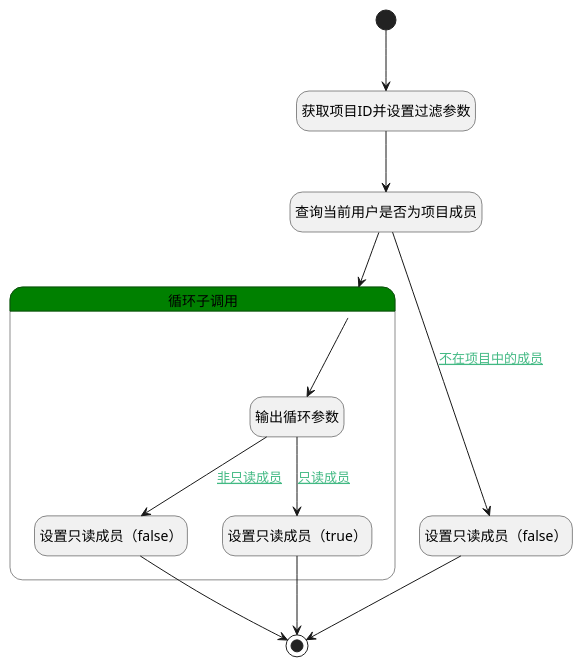
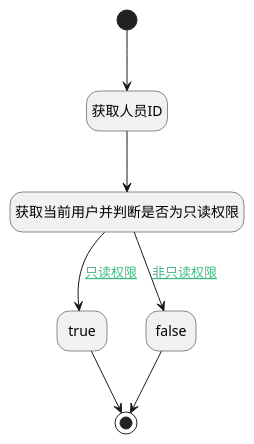
The diagram in doc/docsify/module/ProjMgmt/work_item/logic/get_project_member.md (iBizLab/plm), drawn with PlantUML before and after one commit. The commit also changed other lines of this file and 1068 other files, not shown here.

````diff
--- a/doc/docsify/module/ProjMgmt/work_item/logic/get_project_member.md
+++ b/doc/docsify/module/ProjMgmt/work_item/logic/get_project_member.md
@@ -7,36 +7,28 @@
 ```plantuml
 @startuml
 hide empty description
 <style>
 root {
   HyperlinkColor #42b983
 }
 </style>
 
 hide empty description
 state "开始" as Begin <<start>> [[$./get_project_member#begin {"开始"}]]
-state "获取项目ID并设置过滤参数" as PREPAREPARAM2  [[$./get_project_member#prepareparam2 {"获取项目ID并设置过滤参数"}]]
-state "查询当前用户是否为项目成员" as DEDATASET3  [[$./get_project_member#dedataset3 {"查询当前用户是否为项目成员"}]]
-state "设置只读成员（false）" as PREPAREPARAM8  [[$./get_project_member#prepareparam8 {"设置只读成员（false）"}]]
-state "结束" as END6 <<end>> [[$./get_project_member#end6 {"结束"}]]
-state "循环子调用" as LOOPSUBCALL3  [[$./get_project_member#loopsubcall3 {"循环子调用"}]] #green {
-state "输出循环参数" as DEBUGPARAM6  [[$./get_project_member#debugparam6 {"输出循环参数"}]]
-state "设置只读成员（false）" as PREPAREPARAM9  [[$./get_project_member#prepareparam9 {"设置只读成员（false）"}]]
-state "设置只读成员（true）" as PREPAREPARAM10  [[$./get_project_member#prepareparam10 {"设置只读成员（true）"}]]
-}
+state "获取人员ID" as PREPAREPARAM2  [[$./get_project_member#prepareparam2 {"获取人员ID"}]]
+state "获取当前用户并判断是否为只读权限" as RAWSQLCALL1  [[$./get_project_member#rawsqlcall1 {"获取当前用户并判断是否为只读权限"}]]
+state "true" as PREPAREPARAM5  [[$./get_project_member#prepareparam5 {"true"}]]
+state "false" as PREPAREPARAM6  [[$./get_project_member#prepareparam6 {"false"}]]
+state "结束" as END2 <<end>> [[$./get_project_member#end2 {"结束"}]]
 
 
 Begin --> PREPAREPARAM2
-PREPAREPARAM2 --> DEDATASET3
-DEDATASET3 --> PREPAREPARAM8 : [[$./get_project_member#dedataset3-prepareparam8{不在项目中的成员} 不在项目中的成员]]
-PREPAREPARAM8 --> END6
-DEDATASET3 --> LOOPSUBCALL3
-LOOPSUBCALL3 --> DEBUGPARAM6
-DEBUGPARAM6 --> PREPAREPARAM9 : [[$./get_project_member#debugparam6-prepareparam9{非只读成员} 非只读成员]]
-PREPAREPARAM9 --> END6
-DEBUGPARAM6 --> PREPAREPARAM10 : [[$./get_project_member#debugparam6-prepareparam10{只读成员} 只读成员]]
-PREPAREPARAM10 --> END6
+PREPAREPARAM2 --> RAWSQLCALL1
+RAWSQLCALL1 --> PREPAREPARAM5 : [[$./get_project_member#rawsqlcall1-prepareparam5{只读权限} 只读权限]]
+PREPAREPARAM5 --> END2
+RAWSQLCALL1 --> PREPAREPARAM6 : [[$./get_project_member#rawsqlcall1-prepareparam6{非只读权限} 非只读权限]]
+PREPAREPARAM6 --> END2
 
 
 @enduml
 ```
````
